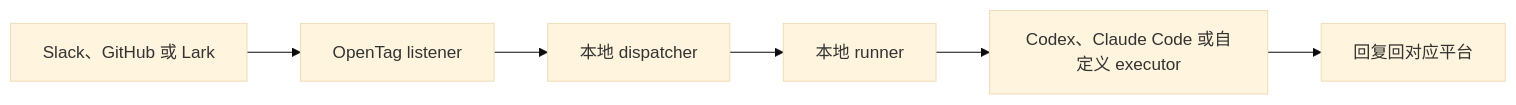
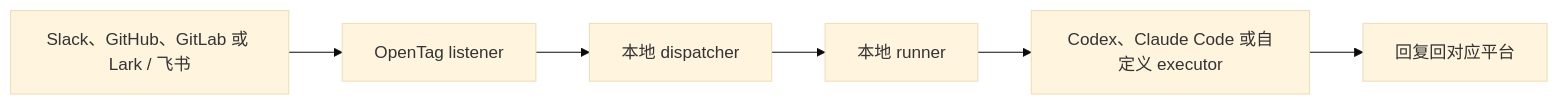
The diagram in README.zh-CN.md (amplifthq/opentag), drawn with Mermaid (base theme) before and after one commit. The commit also changed other lines of this file and 4 other files, not shown here.

First line of the commit message:
Align setup docs with GitLab support (#67)

````diff
--- a/README.zh-CN.md
+++ b/README.zh-CN.md
@@ -179,8 +206,8 @@
 ```mermaid
 flowchart LR
-    A["Slack、GitHub 或 Lark"] --> B["OpenTag listener"]
+    A["Slack、GitHub、GitLab 或 Lark / 飞书"] --> B["OpenTag listener"]
     B --> C["本地 dispatcher"]
     C --> D["本地 runner"]
     D --> E["Codex、Claude Code 或自定义 executor"]
     E --> F["回复回对应平台"]
 ```
````
